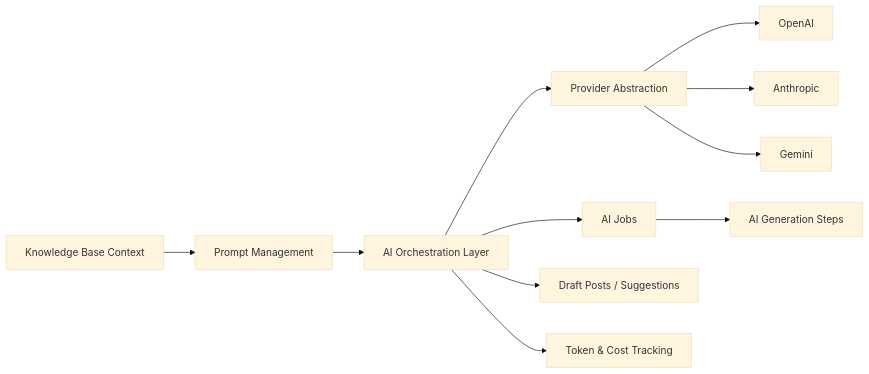
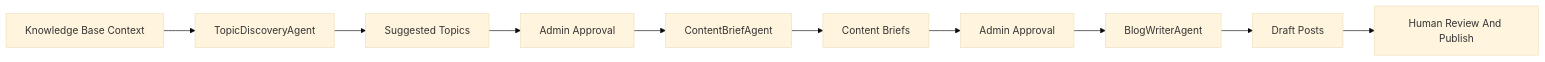
Before and after one commit to shamamit11/wwb-service: the diagram in docs/AI_CONTENT_ENGINE.md, drawn with Mermaid (base theme). The commit also changed other lines of this file and 6 other files, not shown here.

````diff
--- a/docs/AI_CONTENT_ENGINE.md
+++ b/docs/AI_CONTENT_ENGINE.md
@@ -33,13 +20,12 @@
 ```mermaid
 flowchart LR
-    A["Knowledge Base Context"] --> B["Prompt Management"]
-    B --> C["AI Orchestration Layer"]
-    C --> D["Provider Abstraction"]
-    D --> E["OpenAI"]
-    D --> F["Anthropic"]
-    D --> G["Gemini"]
-    C --> H["AI Jobs"]
-    H --> I["AI Generation Steps"]
-    C --> J["Draft Posts / Suggestions"]
-    C --> K["Token & Cost Tracking"]
+    A["Knowledge Base Context"] --> B["TopicDiscoveryAgent"]
+    B --> C["Suggested Topics"]
+    C --> D["Admin Approval"]
+    D --> E["ContentBriefAgent"]
+    E --> F["Content Briefs"]
+    F --> G["Admin Approval"]
+    G --> H["BlogWriterAgent"]
+    H --> I["Draft Posts"]
+    I --> J["Human Review And Publish"]
 ```
````
